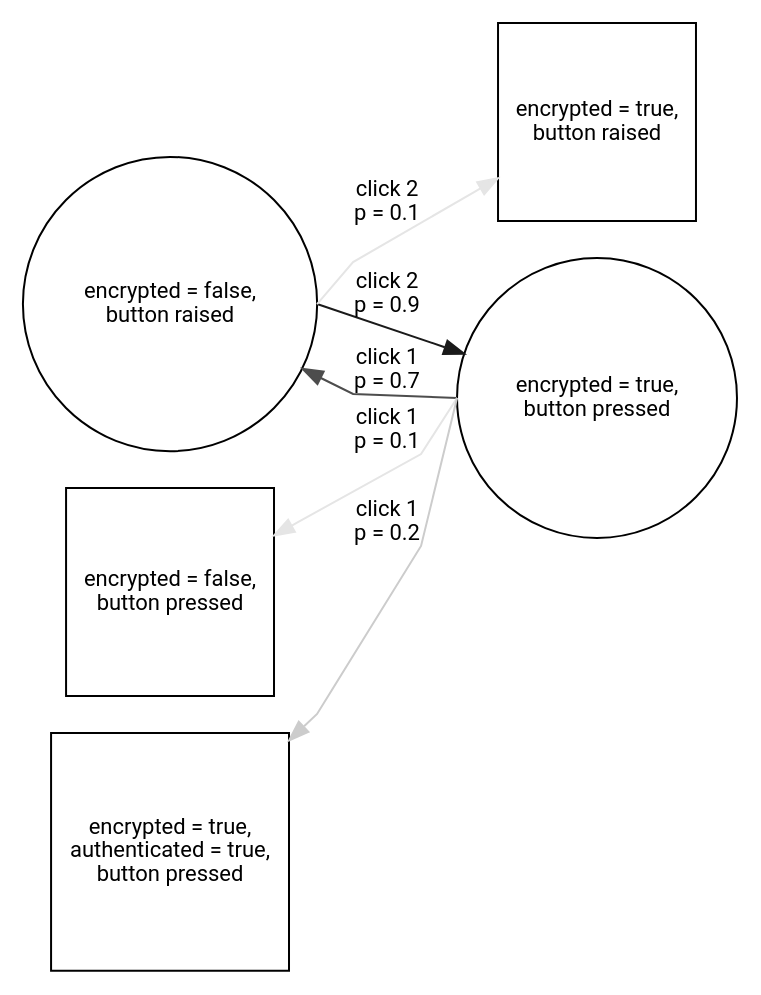
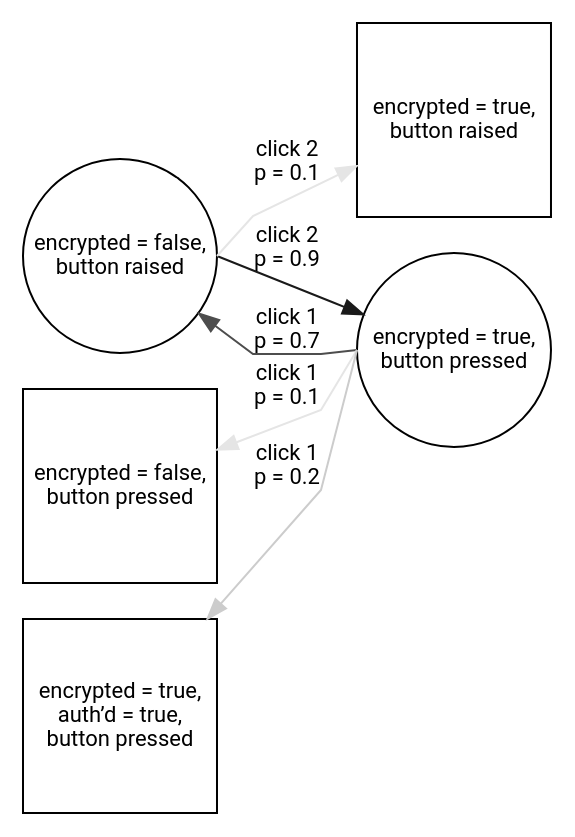
One commit to adrifelt/ux-model-graphs changed the diagram in 03-simple-boolean-with-orthogonal-states.dot. Above: the diagram before and after it, drawn with Graphviz. The commit also changed 4 other files, not shown here.

Commit message:
Further sweet stylin' for the nodes of the graphs.

```diff
--- a/03-simple-boolean-with-orthogonal-states.dot
+++ b/03-simple-boolean-with-orthogonal-states.dot
@@ -1,62 +1,64 @@
 digraph "03-simple-boolean-with-orthogonal-states" {
   splines = polyline;
   rankdir = LR;
   node [
     shape = circle
     fontname = "Roboto"
     fontsize = 11
+    width = 1.35
+    margin = 0
   ];
   edge [
     fontname = "Roboto"
     fontsize = 11
   ];
 
   off [
     label = "encrypted = false,\nbutton raised"
   ];
   on [
     label = "encrypted = true,\nbutton pressed"
   ];
 
   off_confused [
     label = "encrypted = true,\nbutton raised"
     shape = square
   ];
   on_confused [
     label = "encrypted = false,\nbutton pressed"
     shape = square
   ];
   on_overconfident [
-    label = "encrypted = true,\nauthenticated = true,\nbutton pressed"
+    label = "encrypted = true,\nauth’d = true,\nbutton pressed"
     shape = square
   ];
 
   subgraph { rank = same; on_confused; on_overconfident; off; }
   subgraph { rank = same; off_confused; on; }
 
   off:e -> off_confused [
     label = "click 2\np = 0.1"
     color = grey90
     weight = 1
   ];
   off:e -> on [
     label = "click 2\np = 0.9"
     color = grey10, weight = 9
   ];
 
   on:w -> on_confused [
     label = "click 1\np = 0.1"
     color = grey90
     weight = 1
   ];
   on:w -> on_overconfident [
     label = "click 1\np = 0.2"
     color = grey80
     weight = 2
   ];
   on:w -> off [
     label = "click 1\np = 0.7"
     color = grey30
     weight = 7
   ];
 }
```
